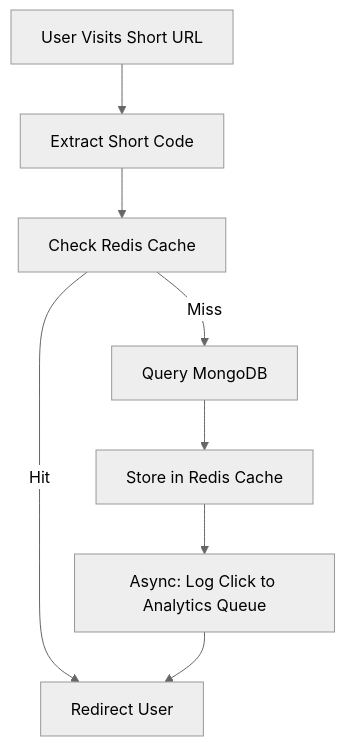
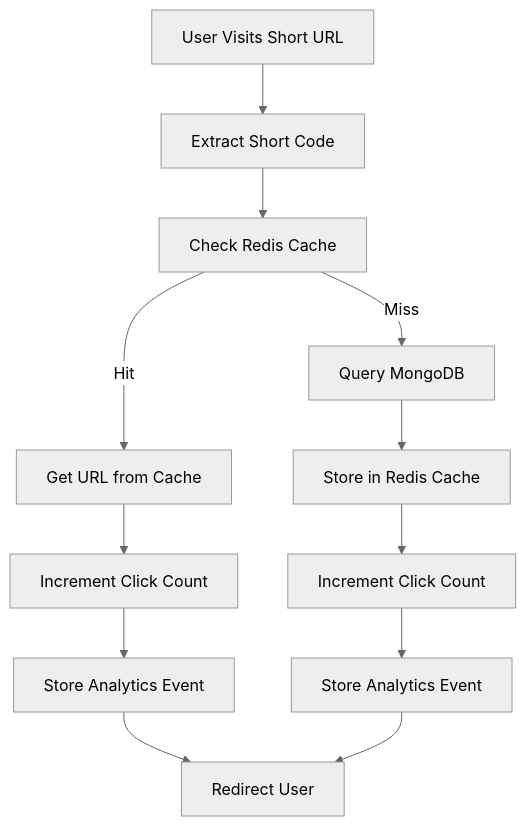
Before and after one commit to anwarbuilds1/snaplink: the third of 6 diagrams in README.md, drawn with Mermaid (neutral theme).

Commit message:
feat: update flowchart for URL redirection process with enhanced caching and analytics logging

````diff
--- a/README.md
+++ b/README.md
@@ -147,10 +147,24 @@
 ```mermaid
 flowchart TD
   A[User Visits Short URL] --> B[Extract Short Code]
+
   B --> C[Check Redis Cache]
-  C -->|Hit| D[Redirect User]
-  C -->|Miss| E[Query MongoDB]
-  E --> F[Store in Redis Cache]
-  F --> G[Async: Log Click to Analytics Queue]
-  G --> D
+
+  C -->|Hit| D[Get URL from Cache]
+
+  D --> E[Increment Click Count]
+
+  E --> F[Store Analytics Event]
+
+  F --> G[Redirect User]
+
+  C -->|Miss| H[Query MongoDB]
+
+  H --> I[Store in Redis Cache]
+
+  I --> J[Increment Click Count]
+
+  J --> K[Store Analytics Event]
+
+  K --> G
 ```
````
